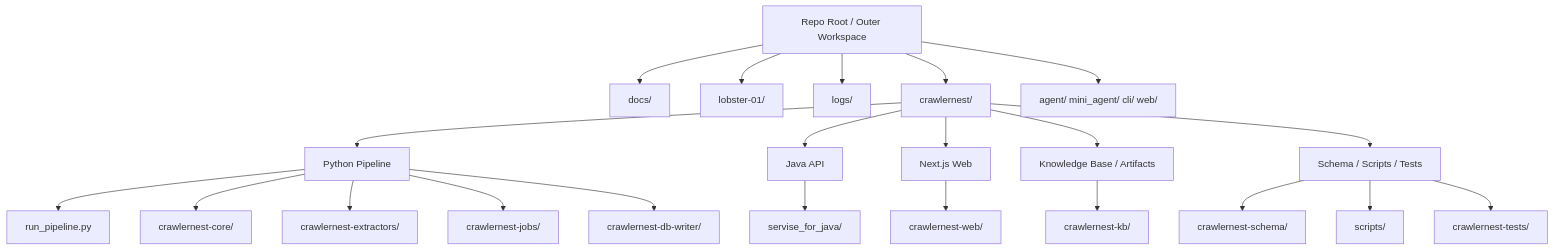
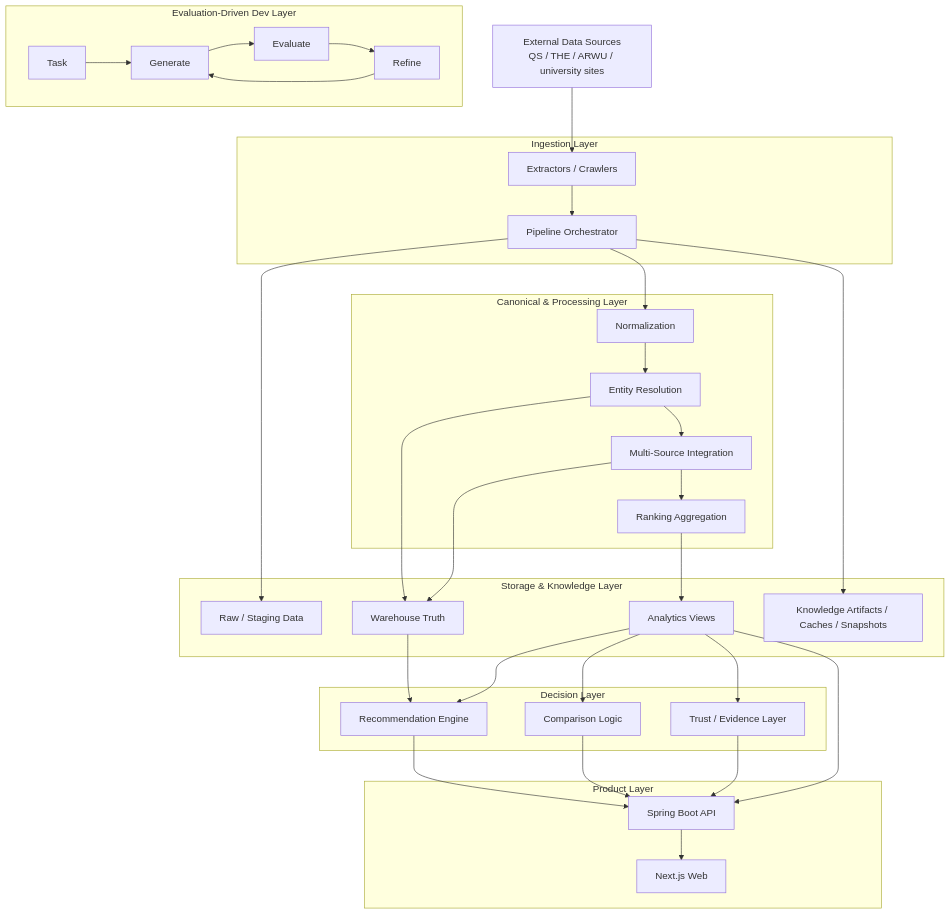
One commit to heinricitorgau/CrawlerNest changed the first of 10 diagrams in docs/REPO_STRUCTURE.md. Above: the diagram before and after it, drawn with Mermaid. The commit also changed other lines of this file, not shown here.

Commit message:
draw system structure pic into REPO_STRUCTURE.md

````diff
--- a/docs/REPO_STRUCTURE.md
+++ b/docs/REPO_STRUCTURE.md
@@ -8,27 +22,70 @@
 ```mermaid
 flowchart TD
-    A["Repo Root / Outer Workspace"] --> B["docs/"]
-    A --> C["lobster-01/"]
-    A --> D["logs/"]
-    A --> E["crawlernest/"]
-    A --> F["agent/ mini_agent/ cli/ web/"]
+    SRC["External Data Sources<br/>QS / THE / ARWU / university sites"]
 
-    E --> E1["Python Pipeline"]
-    E --> E2["Java API"]
-    E --> E3["Next.js Web"]
-    E --> E4["Knowledge Base / Artifacts"]
-    E --> E5["Schema / Scripts / Tests"]
+    subgraph INGEST["Ingestion Layer"]
+        EXT["Extractors / Crawlers"]
+        PIPE["Pipeline Orchestrator"]
+    end
 
-    E1 --> G1["run_pipeline.py"]
-    E1 --> G2["crawlernest-core/"]
-    E1 --> G3["crawlernest-extractors/"]
-    E1 --> G4["crawlernest-jobs/"]
-    E1 --> G5["crawlernest-db-writer/"]
+    subgraph CANON["Canonical & Processing Layer"]
+        NORM["Normalization"]
+        ER["Entity Resolution"]
+        MS["Multi-Source Integration"]
+        AGG["Ranking Aggregation"]
+    end
 
-    E2 --> H1["servise_for_java/"]
-    E3 --> I1["crawlernest-web/"]
-    E4 --> J1["crawlernest-kb/"]
-    E5 --> K1["crawlernest-schema/"]
-    E5 --> K2["scripts/"]
-    E5 --> K3["crawlernest-tests/"]
+    subgraph DATA["Storage & Knowledge Layer"]
+        RAW["Raw / Staging Data"]
+        WH["Warehouse Truth"]
+        ANA["Analytics Views"]
+        KB["Knowledge Artifacts / Caches / Snapshots"]
+    end
+
+    subgraph DECISION["Decision Layer"]
+        REC["Recommendation Engine"]
+        CMP["Comparison Logic"]
+        TRUST["Trust / Evidence Layer"]
+    end
+
+    subgraph PRODUCT["Product Layer"]
+        API["Spring Boot API"]
+        WEB["Next.js Web"]
+    end
+
+    subgraph DEVX["Evaluation-Driven Dev Layer"]
+        TASK["Task"]
+        GEN["Generate"]
+        EVAL["Evaluate"]
+        REFINE["Refine"]
+    end
+
+    SRC --> EXT
+    EXT --> PIPE
+    PIPE --> NORM
+    NORM --> ER
+    ER --> MS
+    MS --> AGG
+
+    PIPE --> RAW
+    ER --> WH
+    MS --> WH
+    AGG --> ANA
+    PIPE --> KB
+
+    WH --> REC
+    ANA --> REC
+    ANA --> CMP
+    ANA --> TRUST
+
+    REC --> API
+    CMP --> API
+    TRUST --> API
+    ANA --> API
+    API --> WEB
+
+    TASK --> GEN
+    GEN --> EVAL
+    EVAL --> REFINE
+    REFINE --> GEN
 ```
````
